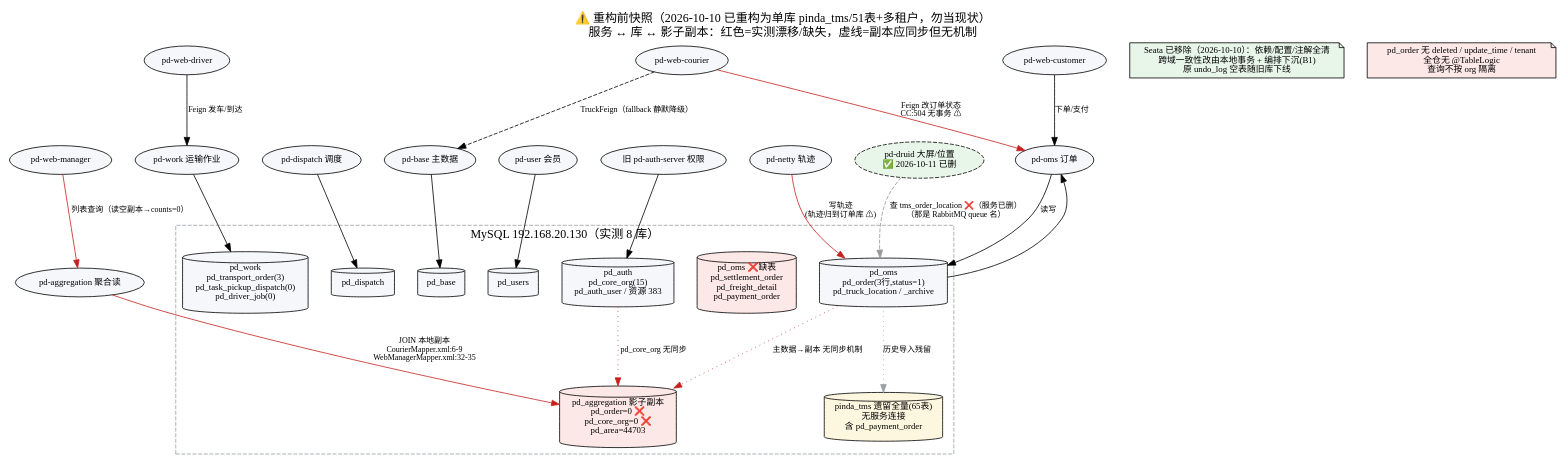
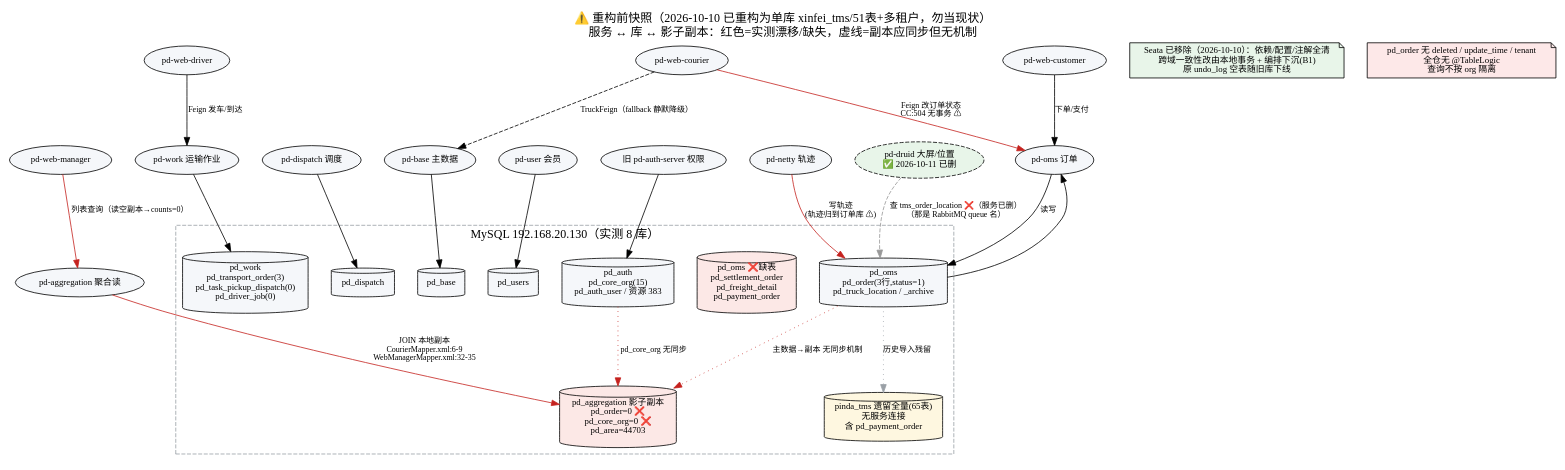
One commit to itxinfei/pinda-tms changed the diagram in docs/architecture/data-ownership.dot. Above: the diagram before and after it, drawn with Graphviz. The commit also changed 11 other files, not shown here.

```diff
--- a/docs/architecture/data-ownership.dot
+++ b/docs/architecture/data-ownership.dot
@@ -1,51 +1,51 @@
-// 🔴 2026-10-10 已过时：本图为重构前快照。数据库已由"8 库"重构为【单一物理库 pinda_tms（51 表）+ tenant_id 多租户】，表按 sys_/dict_/base_/oms_/disp_/work_/member_/iot_ 八域前缀归属（写严格归属、读可适度跨域）。现行口径见 docs/02、《需求文档/45》。图内 pd_oms/pd_auth 等旧库名仅作历史问题留痕。
+// 🔴 2026-10-10 已过时：本图为重构前快照。数据库已由"8 库"重构为【单一物理库 xinfei_tms（51 表）+ tenant_id 多租户】，表按 sys_/dict_/base_/oms_/disp_/work_/member_/iot_ 八域前缀归属（写严格归属、读可适度跨域）。现行口径见 docs/02、《需求文档/45》。图内 pd_oms/pd_auth 等旧库名仅作历史问题留痕。
 // 数据归属与服务边界 current-state（重构前快照；证据：Nacos datasource 实测 + information_schema 实测 + mapper/Feign 代码）
 digraph data_ownership {
   rankdir=TB; nodesep=0.4; ranksep=0.8;
   graph [fontname="Microsoft YaHei", fontsize=15, labelloc=t,
-         label="⚠️ 重构前快照（2026-10-10 已重构为单库 pinda_tms/51表+多租户，勿当现状）\n服务 ↔ 库 ↔ 影子副本：红色=实测漂移/缺失，虚线=副本应同步但无机制"];
+         label="⚠️ 重构前快照（2026-10-10 已重构为单库 xinfei_tms/51表+多租户，勿当现状）\n服务 ↔ 库 ↔ 影子副本：红色=实测漂移/缺失，虚线=副本应同步但无机制"];
   node [fontname="Microsoft YaHei", fontsize=11, style="rounded,filled", fillcolor="#f5f7fa"];
   edge [fontname="Microsoft YaHei", fontsize=10];
 
   // 服务
   oms [label="pd-oms 订单"]; work [label="pd-work 运输作业"]; disp [label="pd-dispatch 调度"];
   base [label="pd-base 主数据"]; user [label="pd-user 会员"]; auth [label="旧 pd-auth-server 权限"];
   agg [label="pd-aggregation 聚合读"]; netty [label="pd-netty 轨迹"]; druid [label="pd-druid 大屏/位置\n✅ 2026-10-11 已删", style="filled,dashed", fillcolor="#e8f5e9"];
   webm [label="pd-web-manager"]; webc [label="pd-web-courier"]; webd [label="pd-web-driver"]; webu [label="pd-web-customer"];
 
   // 库（红色对象为实测问题）
   subgraph cluster_dbs { label="MySQL 192.168.20.130（实测 8 库）"; style=dashed; color="#9aa0a6";
     dpdoms [label="pd_oms\npd_order(3行,status=1)\npd_truck_location / _archive", shape=cylinder];
     dpmom [label="pd_oms ❌缺表\npd_settlement_order\npd_freight_detail\npd_payment_order", shape=cylinder, fillcolor="#fce8e6"];
     dpwork [label="pd_work\npd_transport_order(3)\npd_task_pickup_dispatch(0)\npd_driver_job(0)", shape=cylinder];
     dpdisp [label="pd_dispatch", shape=cylinder];
     dpbase [label="pd_base", shape=cylinder];
     dpuser [label="pd_users", shape=cylinder];
     dpauth [label="pd_auth\npd_core_org(15)\npd_auth_user / 资源 383", shape=cylinder];
     dpagg [label="pd_aggregation 影子副本\npd_order=0 ❌\npd_core_org=0 ❌\npd_area=44703", shape=cylinder, fillcolor="#fce8e6"];
     dpleg [label="pinda_tms 遗留全量(65表)\n无服务连接\n含 pd_payment_order", shape=cylinder, fillcolor="#fef7e0"];
   }
 
   oms -> dpdoms [label="读写"];
   work -> dpwork; disp -> dpdisp; base -> dpbase; user -> dpuser; auth -> dpauth;
   netty -> dpdoms [label="写轨迹\n(轨迹归到订单库 ⚠)", color="#c5221f"];
   druid -> dpdoms [label="查 tms_order_location ❌（服务已删）\n（那是 RabbitMQ queue 名）", color="#999999", style=dashed];
   agg -> dpagg [label="JOIN 本地副本\nCourierMapper.xml:6-9\nWebManagerMapper.xml:32-35", color="#c5221f"];
   oms -> dpdoms [dir=back, label=""];
 
   // 副本应有的同步（无实现）
   dpdoms -> dpagg [style=dotted, label="主数据→副本 无同步机制", color="#c5221f"];
   dpauth -> dpagg [style=dotted, label="pd_core_org 无同步", color="#c5221f"];
   dpdoms -> dpleg [style=dotted, label="历史导入残留", color="#9aa0a6"];
 
   // Feign 写路径
   webc -> oms [label="Feign 改订单状态\nCC:504 无事务 ⚠", color="#c5221f"];
   webd -> work [label="Feign 发车/到达"];
   webm -> agg [label="列表查询（读空副本→counts=0）", color="#c5221f"];
   webu -> oms [label="下单/支付"];
   webc -> base [label="TruckFeign（fallback 静默降级）", style=dashed];
 
   // 事务边界
   note1 [label="Seata 已移除（2026-10-10）：依赖/配置/注解全清\n跨域一致性改由本地事务 + 编排下沉(B1)\n原 undo_log 空表随旧库下线", shape=note, fillcolor="#e8f5e9"];
   note2 [label="pd_order 无 deleted / update_time / tenant\n全仓无 @TableLogic\n查询不按 org 隔离", shape=note, fillcolor="#fde8e8"];
 }
```
